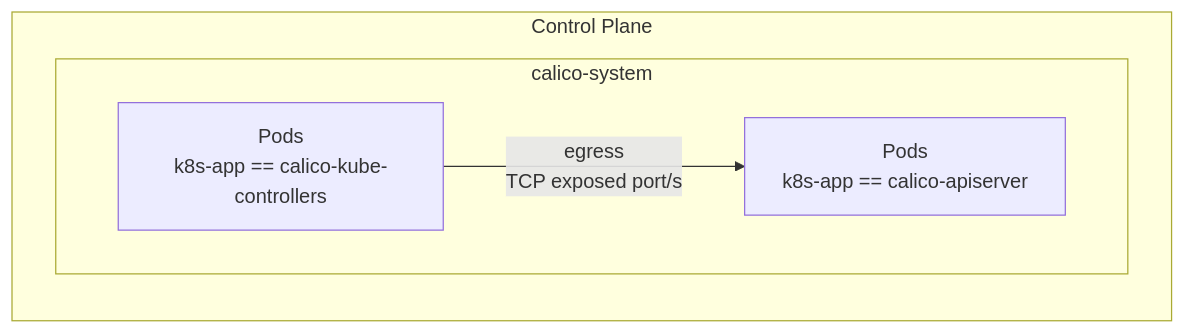
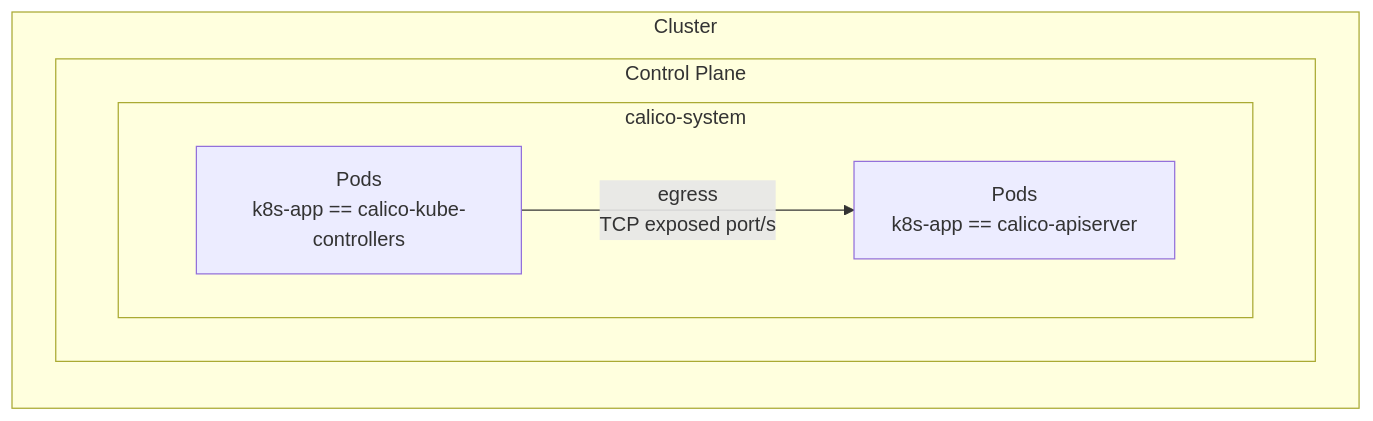
One commit to frozenprocess/Tigera-Presentations changed the fifth of 10 diagrams in 2023-03-30.container-and-Kubernetes-security-policy-design/04.best-practices-for-securing-a-Kubernetes-environment/readme.md. Above: the diagram before and after it, drawn with Mermaid. The commit also changed other lines of this file, not shown here.

Commit message:
graph fix

````diff
--- a/2023-03-30.container-and-Kubernetes-security-policy-design/04.best-practices-for-securing-a-Kubernetes-environment/readme.md
+++ b/2023-03-30.container-and-Kubernetes-security-policy-design/04.best-practices-for-securing-a-Kubernetes-environment/readme.md
@@ -262,8 +262,10 @@
 ```mermaid
 flowchart LR
-subgraph Control Plane
-    subgraph a[calico-system]
-        A["Pods\nk8s-app == calico-kube-controllers"] -->|egress\nTCP exposed port/s| B["Pods\nk8s-app == calico-apiserver"]
+subgraph Cluster
+    subgraph Control Plane
+        subgraph a[calico-system]
+            A["Pods\nk8s-app == calico-kube-controllers"] -->|egress\nTCP exposed port/s| B["Pods\nk8s-app == calico-apiserver"]
+        end
     end
 end
 ```
````
